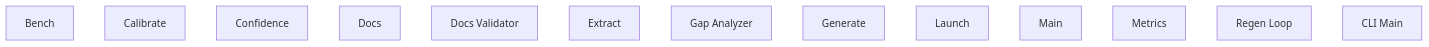
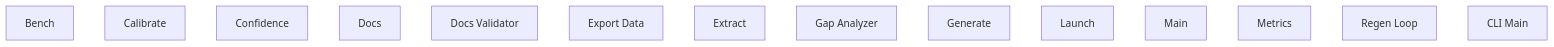
The diagram in .architecture-models/src-cli/docs/se/functional-analysis.md (opn-arch/opencode-arch), drawn with Mermaid before and after one commit. The commit also changed other lines of this file and 130 other files, not shown here.

````diff
--- a/.architecture-models/src-cli/docs/se/functional-analysis.md
+++ b/.architecture-models/src-cli/docs/se/functional-analysis.md
@@ -41,16 +42,17 @@
 ```mermaid
 graph TD
     CAP-1["Bench"]
     CAP-2["Calibrate"]
     CAP-3["Confidence"]
     CAP-4["Docs"]
     CAP-5["Docs Validator"]
-    CAP-6["Extract"]
-    CAP-7["Gap Analyzer"]
-    CAP-8["Generate"]
-    CAP-9["Launch"]
-    CAP-10["Main"]
-    CAP-11["Metrics"]
-    CAP-12["Regen Loop"]
-    CAP-13["CLI Main"]
+    CAP-6["Export Data"]
+    CAP-7["Extract"]
+    CAP-8["Gap Analyzer"]
+    CAP-9["Generate"]
+    CAP-10["Launch"]
+    CAP-11["Main"]
+    CAP-12["Metrics"]
+    CAP-13["Regen Loop"]
+    CAP-14["CLI Main"]
 ```
````
